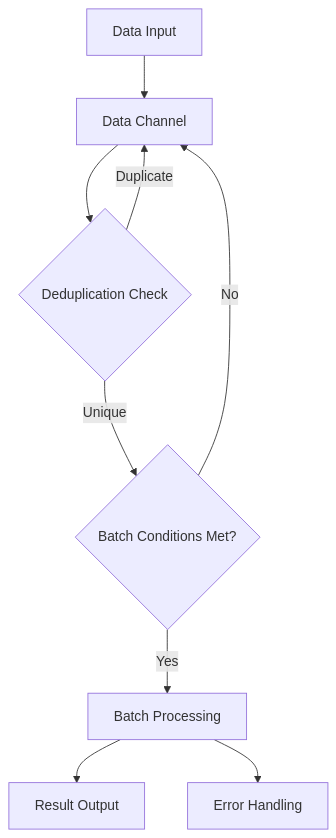
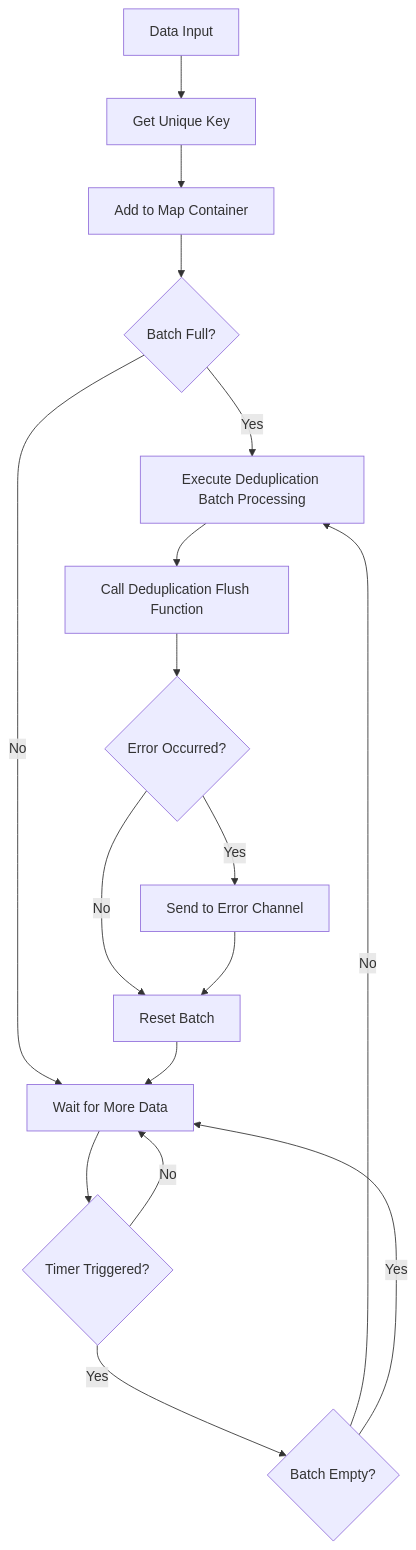
One commit to rushairer/go-pipeline changed the second of 2 diagrams in README.md. Above: the diagram before and after it, drawn with Mermaid. The commit also changed other lines of this file and 2 other files, not shown here.

````diff
--- a/README.md
+++ b/README.md
@@ -71,11 +121,19 @@
 ```mermaid
 graph TD
-    A[Data Input] --> B[Data Channel]
-    B --> C{Deduplication Check}
-    C -->|Duplicate| B
-    C -->|Unique| D{Batch Conditions Met?}
-    D -->|Yes| E[Batch Processing]
-    D -->|No| B
-    E --> F[Result Output]
-    E --> G[Error Handling]
+    A[Data Input] --> B[Get Unique Key]
+    B --> C[Add to Map Container]
+    C --> D{Batch Full?}
+    D -->|Yes| E[Execute Deduplication Batch Processing]
+    D -->|No| F[Wait for More Data]
+    F --> G{Timer Triggered?}
+    G -->|Yes| H{Batch Empty?}
+    H -->|No| E
+    H -->|Yes| F
+    G -->|No| F
+    E --> I[Call Deduplication Flush Function]
+    I --> J{Error Occurred?}
+    J -->|Yes| K[Send to Error Channel]
+    J -->|No| L[Reset Batch]
+    K --> L
+    L --> F
 ```
````
